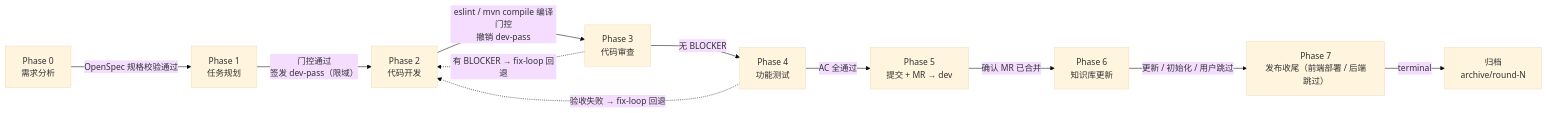
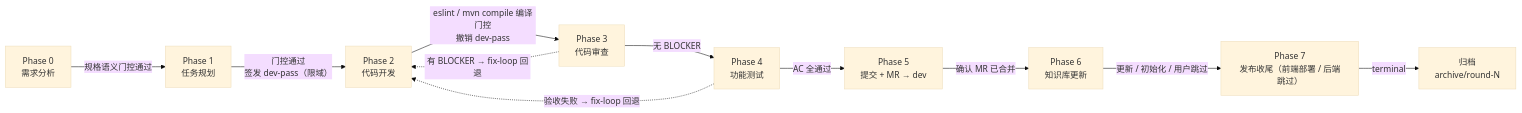
The first of 2 diagrams in README.md (AbyssPan/fullstackflow), drawn with Mermaid (base theme) before and after one commit. The commit also changed other lines of this file and 169 other files, not shown here.

Commit message:
feat: embed OpenSpec gates and rename plugin to fsflow

````diff
--- a/README.md
+++ b/README.md
@@ -50,14 +50,14 @@
 ```mermaid
 flowchart LR
-    P0["Phase 0<br/>需求分析"] -->|"OpenSpec 规格校验通过"| P1["Phase 1<br/>任务规划"]
+    P0["Phase 0<br/>需求分析"] -->|"规格语义门控通过"| P1["Phase 1<br/>任务规划"]
     P1 -->|"门控通过<br/>签发 dev-pass（限域）"| P2["Phase 2<br/>代码开发"]
     P2 -->|"eslint / mvn compile 编译门控<br/>撤销 dev-pass"| P3["Phase 3<br/>代码审查"]
     P3 -->|"无 BLOCKER"| P4["Phase 4<br/>功能测试"]
     P4 -->|"AC 全通过"| P5["Phase 5<br/>提交 + MR → dev"]
     P5 -->|"确认 MR 已合并"| P6["Phase 6<br/>知识库更新"]
     P6 -->|"更新 / 初始化 / 用户跳过"| P7["Phase 7<br/>发布收尾（前端部署 / 后端跳过）"]
     P7 -->|"terminal"| ARC["归档<br/>archive/round-N"]
 
     P3 -.->|"有 BLOCKER → fix-loop 回退"| P2
     P4 -.->|"验收失败 → fix-loop 回退"| P2
 ```
````
